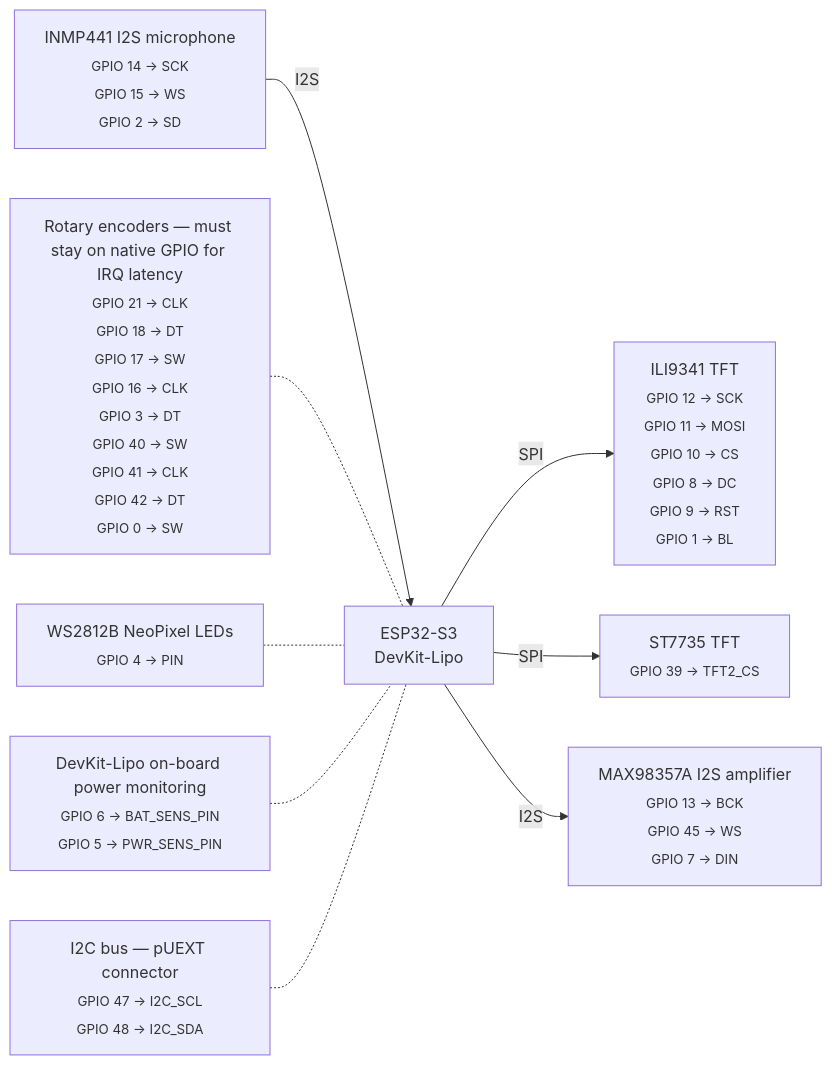
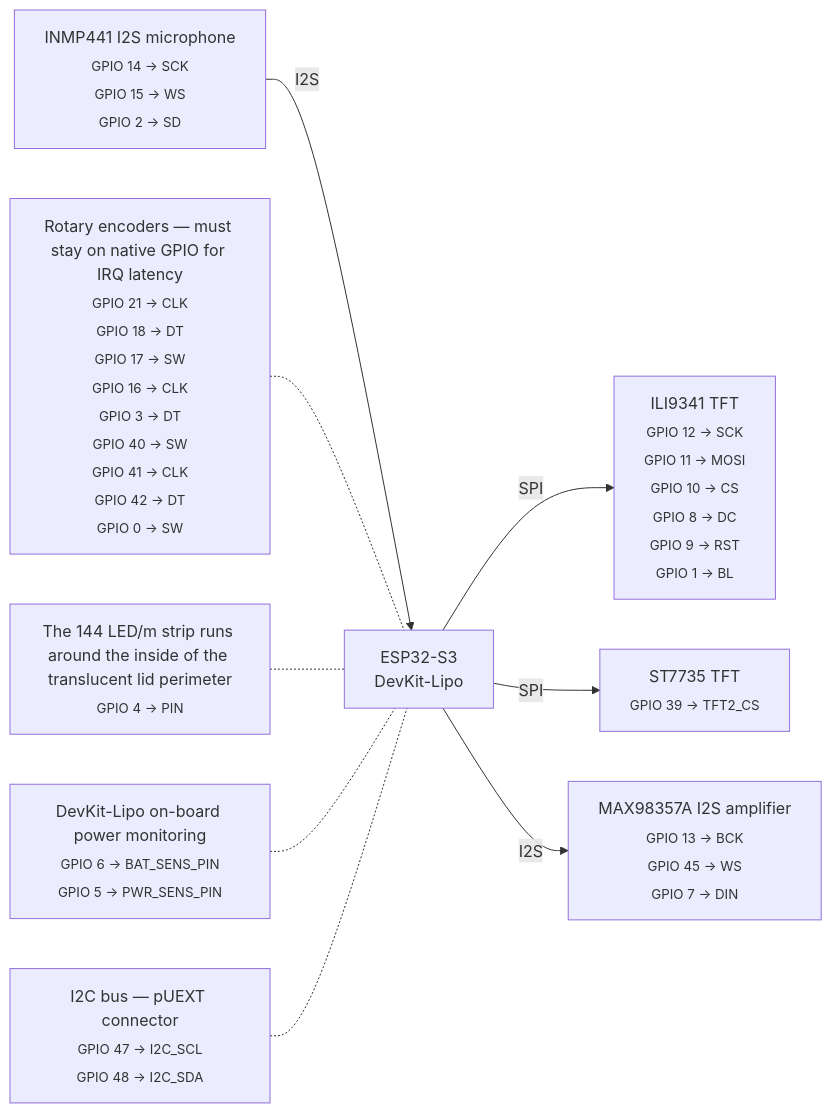
The diagram in docs/wiring.md (mandakan/bodn-esp32), drawn with Mermaid before and after one commit. The commit also changed other lines of this file and 12 other files, not shown here.

First line of the commit message:
Add WS2812B lid ring strip and zone-aware LED architecture (#22)

````diff
--- a/docs/wiring.md
+++ b/docs/wiring.md
@@ -8,29 +8,29 @@
 ```mermaid
 graph LR
     ESP["ESP32-S3<br/>DevKit-Lipo"]
 
     ILI9341TFT["ILI9341 TFT<br/><sub>GPIO 12 → SCK<br/>GPIO 11 → MOSI<br/>GPIO 10 → CS<br/>GPIO 8 → DC<br/>GPIO 9 → RST<br/>GPIO 1 → BL</sub>"]
     ESP -- SPI --> ILI9341TFT
 
     ST7735TFT["ST7735 TFT<br/><sub>GPIO 39 → TFT2_CS</sub>"]
     ESP -- SPI --> ST7735TFT
 
     INMP441I2Smicrophone["INMP441 I2S microphone<br/><sub>GPIO 14 → SCK<br/>GPIO 15 → WS<br/>GPIO 2 → SD</sub>"]
     INMP441I2Smicrophone -- I2S --> ESP
 
     MAX98357AI2Samplifier["MAX98357A I2S amplifier<br/><sub>GPIO 13 → BCK<br/>GPIO 45 → WS<br/>GPIO 7 → DIN</sub>"]
     ESP -- I2S --> MAX98357AI2Samplifier
 
     RotaryencodersmuststayonnativeGPIOforIRQlatency["Rotary encoders — must stay on native GPIO for IRQ latency<br/><sub>GPIO 21 → CLK<br/>GPIO 18 → DT<br/>GPIO 17 → SW<br/>GPIO 16 → CLK<br/>GPIO 3 → DT<br/>GPIO 40 → SW<br/>GPIO 41 → CLK<br/>GPIO 42 → DT<br/>GPIO 0 → SW</sub>"]
     RotaryencodersmuststayonnativeGPIOforIRQlatency -.- ESP
 
-    WS2812BNeoPixelLEDs["WS2812B NeoPixel LEDs<br/><sub>GPIO 4 → PIN</sub>"]
-    WS2812BNeoPixelLEDs -.- ESP
+    The144LEDmstriprunsaroundtheinsideofthetranslucentlidperimeter["The 144 LED/m strip runs around the inside of the translucent lid perimeter<br/><sub>GPIO 4 → PIN</sub>"]
+    The144LEDmstriprunsaroundtheinsideofthetranslucentlidperimeter -.- ESP
 
     DevKitLipoonboardpowermonitoring["DevKit-Lipo on-board power monitoring<br/><sub>GPIO 6 → BAT_SENS_PIN<br/>GPIO 5 → PWR_SENS_PIN</sub>"]
     DevKitLipoonboardpowermonitoring -.- ESP
 
     I2CbuspUEXTconnector["I2C bus — pUEXT connector<br/><sub>GPIO 47 → I2C_SCL<br/>GPIO 48 → I2C_SDA</sub>"]
     I2CbuspUEXTconnector -.- ESP
 
 ```
````
